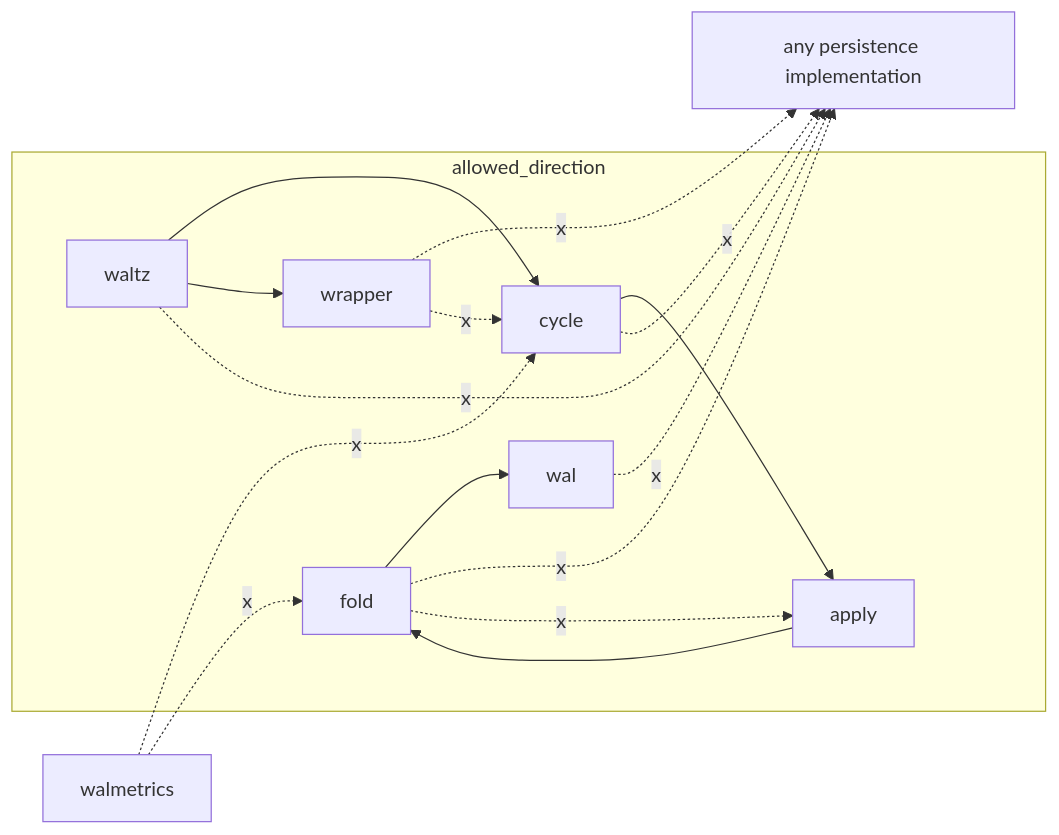
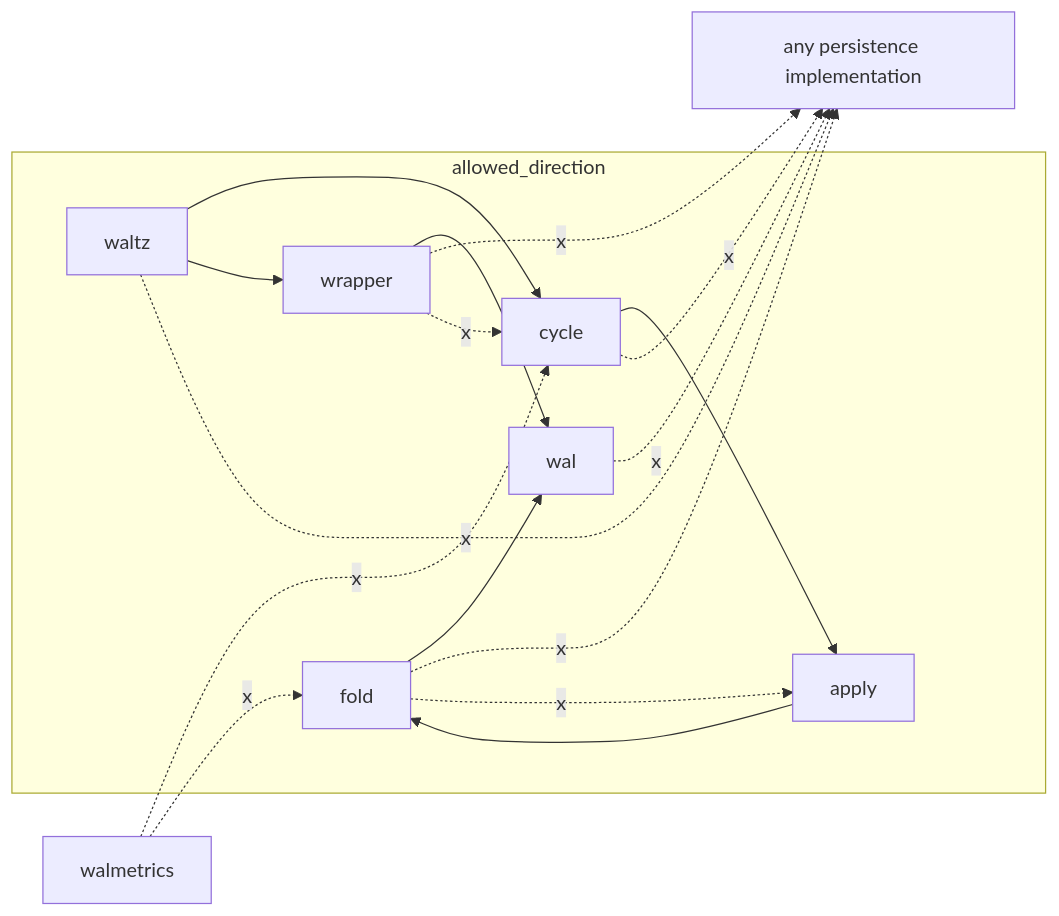
Before and after one commit to aromanovich/waltz: the third of 4 diagrams in docs/handbook/03-components.md, drawn with Mermaid. The commit also changed other lines of this file and 187 other files, not shown here.

````diff
--- a/docs/handbook/03-components.md
+++ b/docs/handbook/03-components.md
@@ -177,28 +153,29 @@
 ```mermaid
 graph LR
   subgraph allowed_direction
     W["wal"]
     F["fold"]
     A["apply"]
     C["cycle"]
     WR["wrapper"]
     N["waltz"]
     F --> W
     A --> F
     C --> A
     N --> C
     N --> WR
+    WR --> W
   end
   STORE["any persistence implementation"]
   MET["walmetrics"]
 
   W -.->|"x"| STORE
   F -.->|"x"| STORE
   C -.->|"x"| STORE
   WR -.->|"x"| STORE
   N -.->|"x"| STORE
   F -.->|"x"| A
   WR -.->|"x"| C
   MET -.->|"x"| C
   MET -.->|"x"| F
 ```
````
